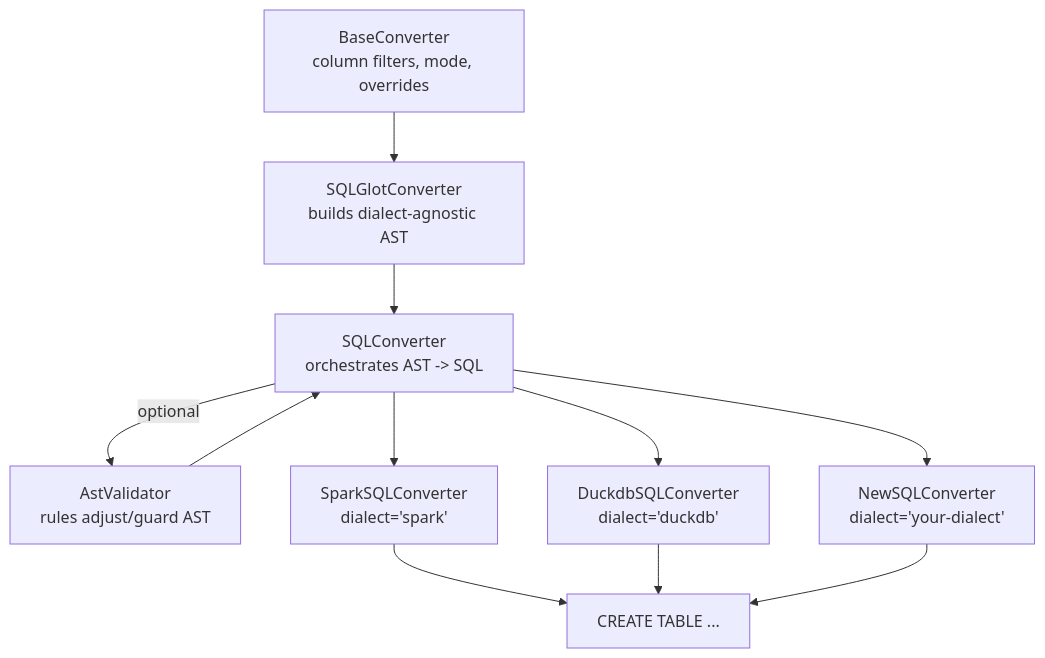
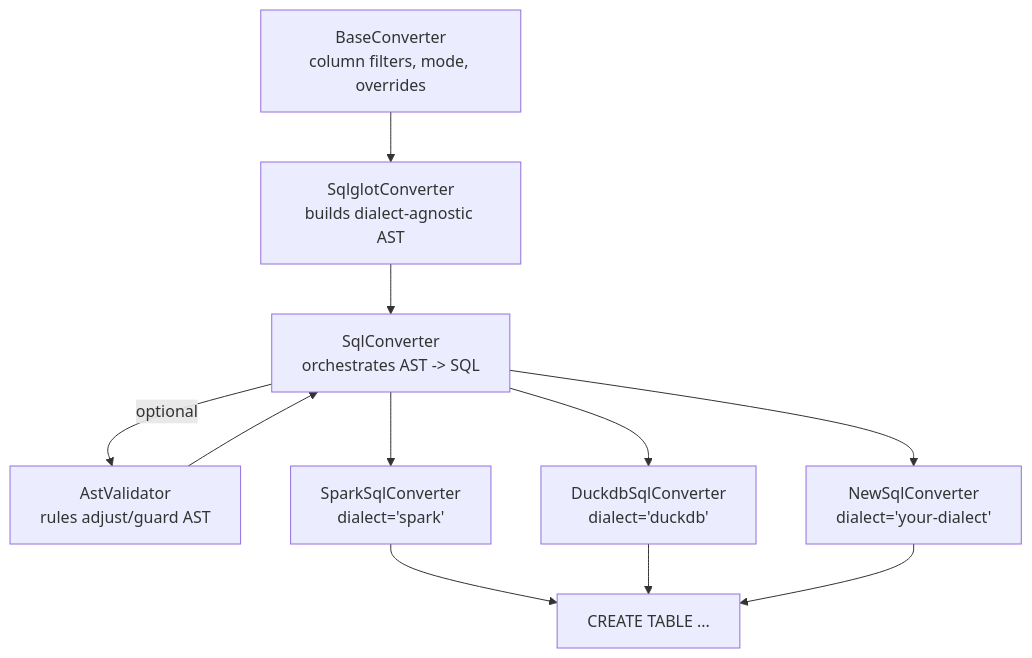
One commit to erich-hs/yads changed the diagram in docs/develop/extending.md. Above: the diagram before and after it, drawn with Mermaid. The commit also changed other lines of this file and 21 other files, not shown here.

````diff
--- a/docs/develop/extending.md
+++ b/docs/develop/extending.md
@@ -114,14 +114,14 @@
 ```mermaid
 flowchart TD
     BaseConverter["BaseConverter<br/>column filters, mode, overrides"]
-        --> SQLGlotConverter["SQLGlotConverter<br/>builds dialect-agnostic AST"]
-    SQLGlotConverter --> SQLConverter["SQLConverter<br/>orchestrates AST -> SQL"]
-    SQLConverter -->|optional| AstValidator["AstValidator<br/>rules adjust/guard AST"]
-    AstValidator --> SQLConverter
-    SQLConverter --> Spark["SparkSQLConverter<br/>dialect='spark'"]
-    SQLConverter --> Duckdb["DuckdbSQLConverter<br/>dialect='duckdb'"]
-    SQLConverter --> New["NewSQLConverter<br/>dialect='your-dialect'"]
+        --> SqlglotConverter["SqlglotConverter<br/>builds dialect-agnostic AST"]
+    SqlglotConverter --> SqlConverter["SqlConverter<br/>orchestrates AST -> SQL"]
+    SqlConverter -->|optional| AstValidator["AstValidator<br/>rules adjust/guard AST"]
+    AstValidator --> SqlConverter
+    SqlConverter --> Spark["SparkSqlConverter<br/>dialect='spark'"]
+    SqlConverter --> Duckdb["DuckdbSqlConverter<br/>dialect='duckdb'"]
+    SqlConverter --> New["NewSqlConverter<br/>dialect='your-dialect'"]
     Spark --> SQLString["CREATE TABLE ..."]
     Duckdb --> SQLString
     New --> SQLString
 ```
````
